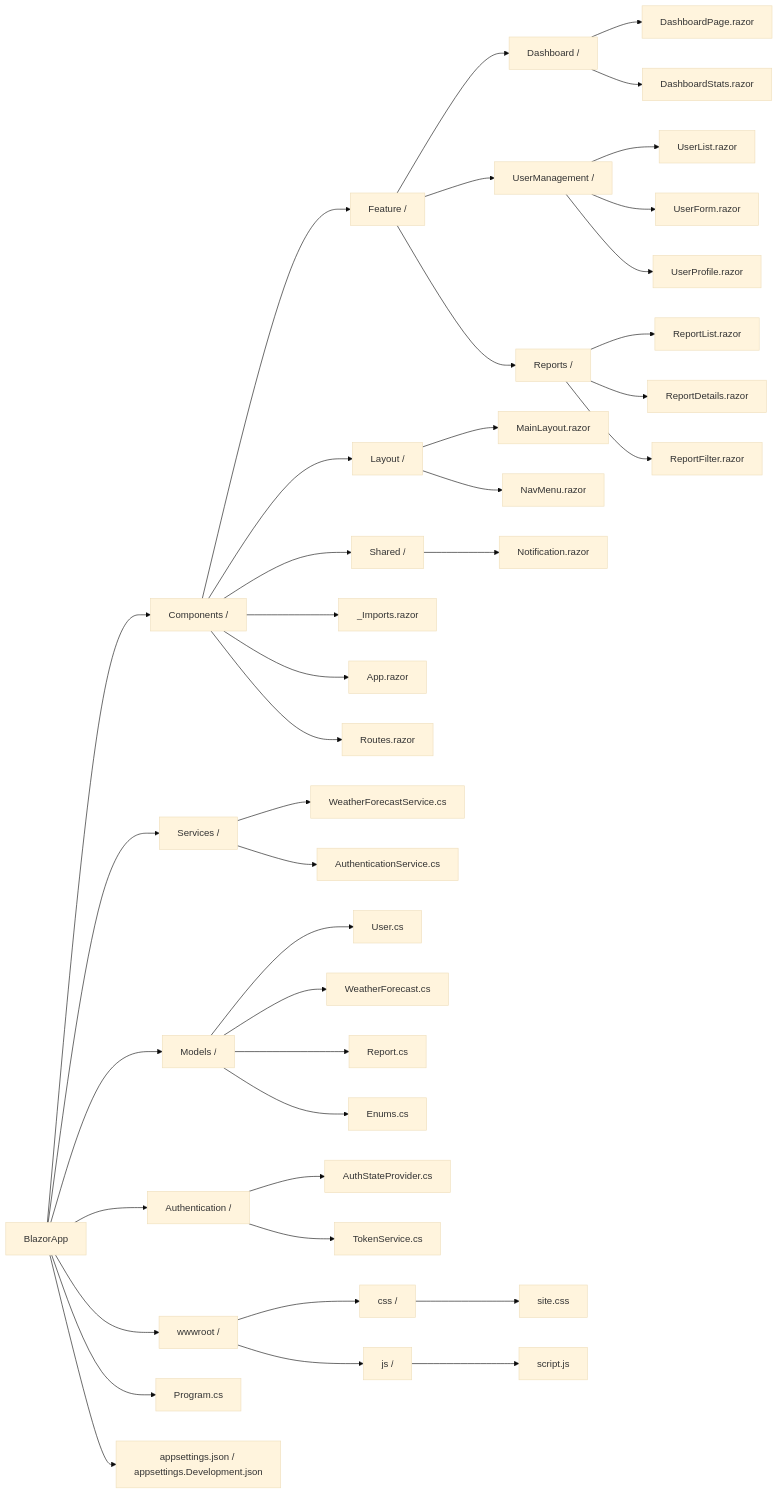
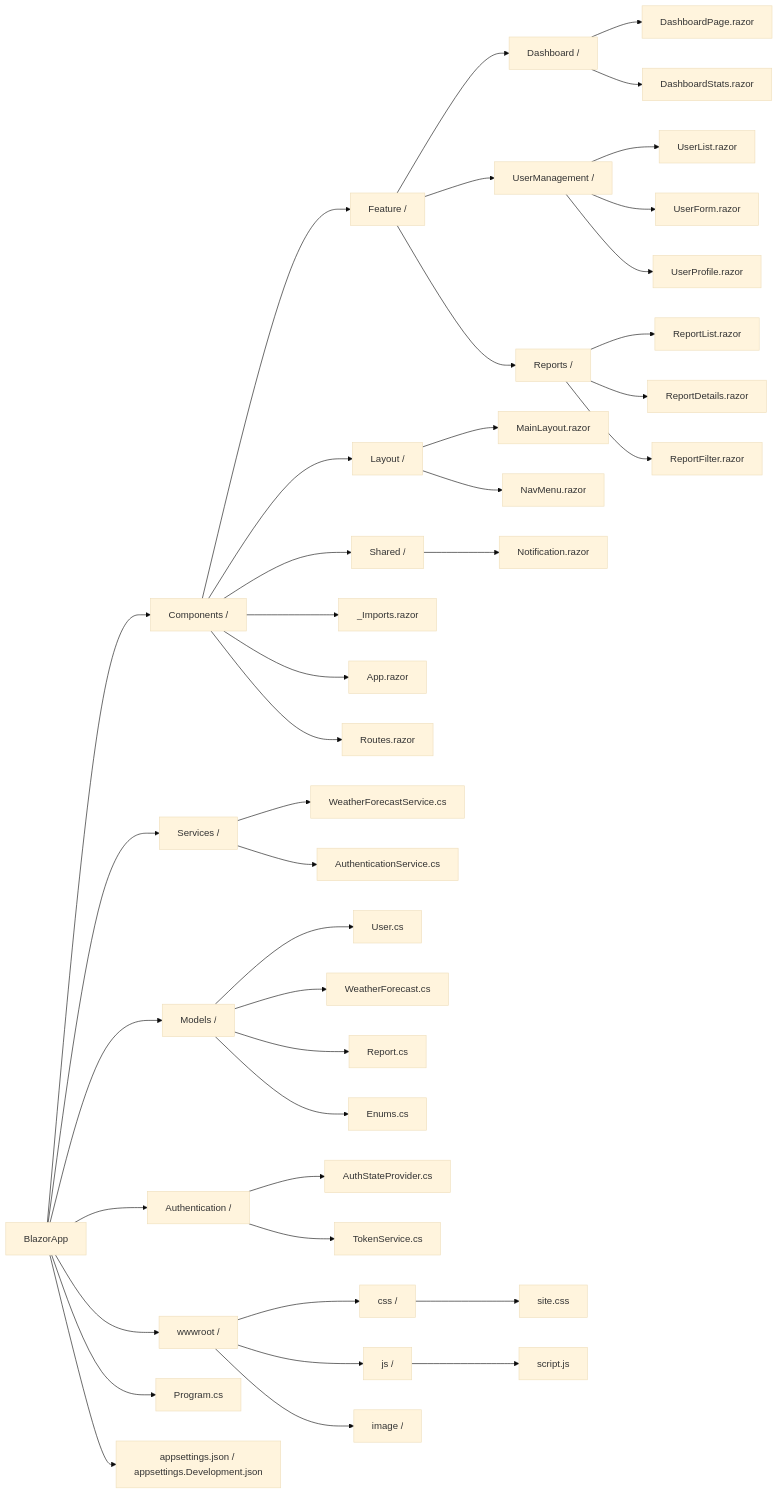
Before and after one commit to uwspstar/20-Day-Challenge-List: the diagram in C#/Blazor/Basic/Blazor file structure.md, drawn with Mermaid (base theme).

Commit message:
Update Blazor file structure.md

````diff
--- a/C#/Blazor/Basic/Blazor file structure.md
+++ b/C#/Blazor/Basic/Blazor file structure.md
@@ -224,47 +224,48 @@
 ```mermaid
 graph LR
     A[BlazorApp] --> B[Components /]
     A --> S[Services /]
     A --> M[Models /]
     A --> AU[Authentication /]
     A --> W[wwwroot /]
     A --> P[Program.cs]
     A --> AppSettings[appsettings.json / appsettings.Development.json]
 
     B --> F[Feature /]
     F --> F1[Dashboard /]
     F1 --> F11[DashboardPage.razor]
     F1 --> F12[DashboardStats.razor]
     F --> F2[UserManagement /]
     F2 --> F21[UserList.razor]
     F2 --> F22[UserForm.razor]
     F2 --> F23[UserProfile.razor]
     F --> F3[Reports /]
     F3 --> F31[ReportList.razor]
     F3 --> F32[ReportDetails.razor]
     F3 --> F33[ReportFilter.razor]
     B --> L[Layout /]
     L --> L1[MainLayout.razor]
     L --> L2[NavMenu.razor]
     B --> Sh[Shared /]
     Sh --> Sh1[Notification.razor]
     B --> Import[_Imports.razor]
     B --> App[App.razor]
     B --> Routes[Routes.razor]
 
     S --> S1[WeatherForecastService.cs]
     S --> S2[AuthenticationService.cs]
 
     M --> M1[User.cs]
     M --> M2[WeatherForecast.cs]
     M --> M3[Report.cs]
     M --> M4[Enums.cs]
 
     AU --> AU1[AuthStateProvider.cs]
     AU --> AU2[TokenService.cs]
 
     W --> WC[css /]
     WC --> WC1[site.css]
     W --> WJ[js /]
     WJ --> WJ1[script.js]
+    W --> WI[image /]
 ```
````
